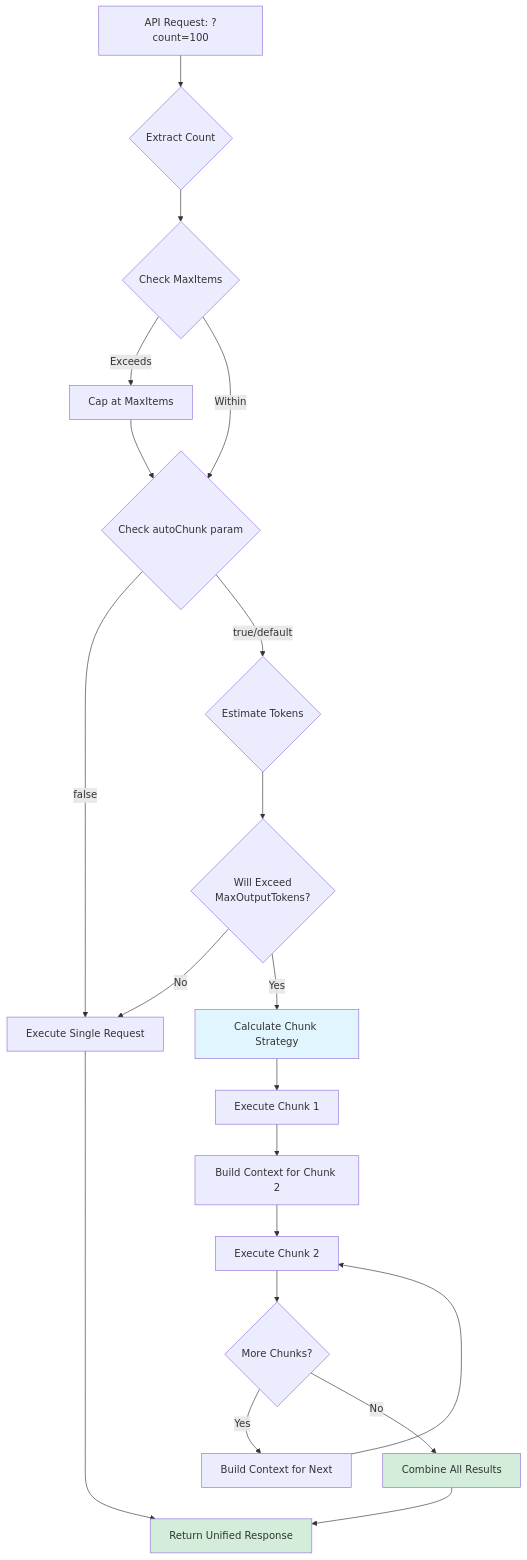
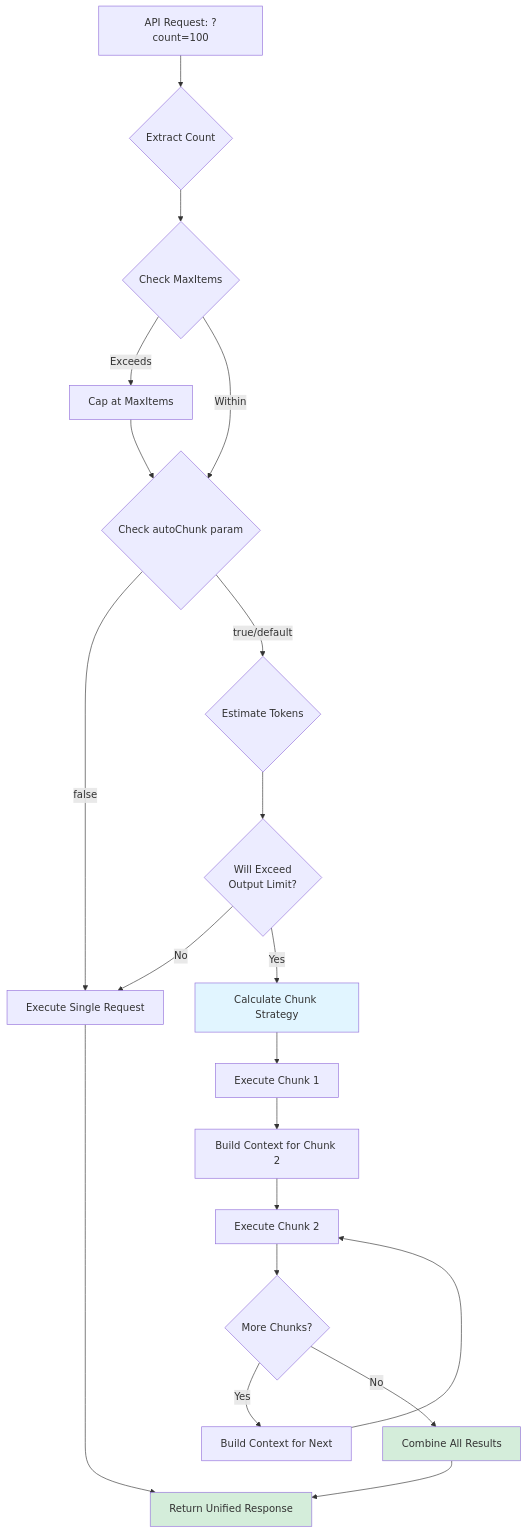
The first of 4 diagrams in CHUNKING_AND_CACHING.md (scottgal/LLMApi), drawn with Mermaid before and after one commit. The commit also changed other lines of this file and 15 other files, not shown here.

````diff
--- a/CHUNKING_AND_CACHING.md
+++ b/CHUNKING_AND_CACHING.md
@@ -85,26 +83,26 @@
 ```mermaid
 flowchart TD
     A[API Request: ?count=100] --> B{Extract Count}
     B --> C{Check MaxItems}
     C -->|Exceeds| D[Cap at MaxItems]
     C -->|Within| E{Check autoChunk param}
     D --> E
     E -->|false| F[Execute Single Request]
     E -->|true/default| G{Estimate Tokens}
-    G --> H{Will Exceed<br/>MaxOutputTokens?}
+    G --> H{Will Exceed<br/>Output Limit?}
     H -->|No| F
     H -->|Yes| I[Calculate Chunk Strategy]
     I --> J[Execute Chunk 1]
     J --> K[Build Context for Chunk 2]
     K --> L[Execute Chunk 2]
     L --> M{More Chunks?}
     M -->|Yes| N[Build Context for Next]
     M -->|No| O[Combine All Results]
     N --> L
     O --> P[Return Unified Response]
     F --> P
 
     style I fill:#e1f5ff
     style O fill:#d4edda
     style P fill:#d4edda
 ```
````
